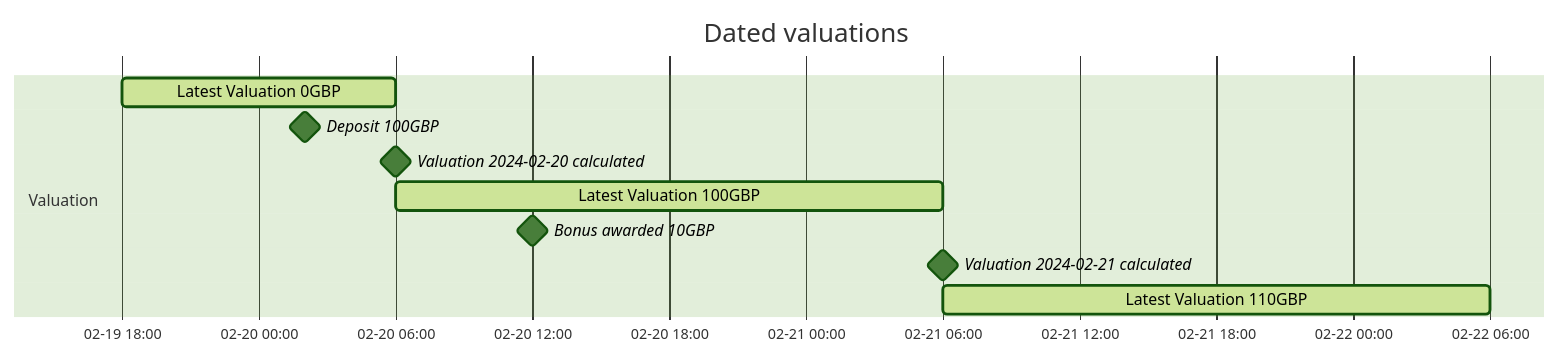
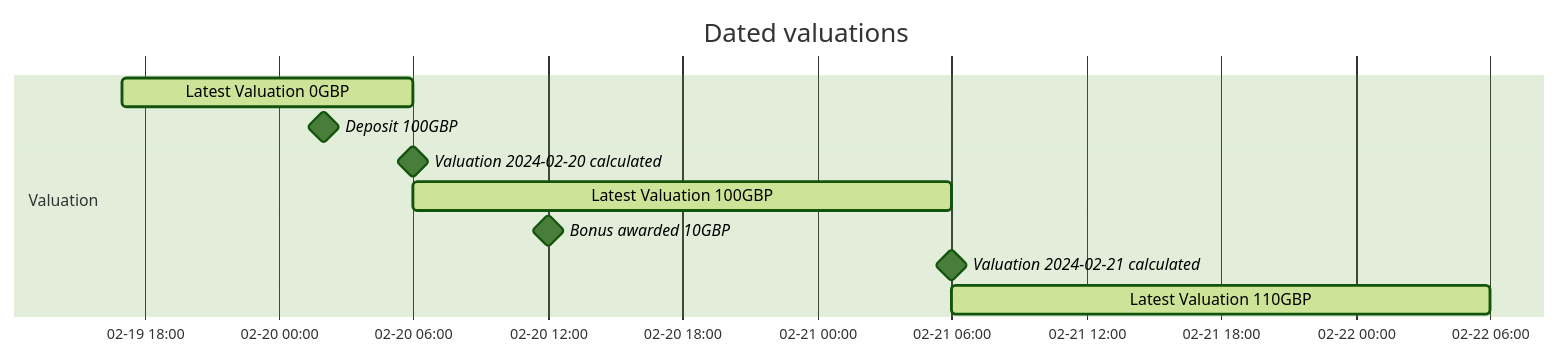
One commit to wealthkernel/api-documentation-guides changed the first of 2 diagrams in docs/balances/FAQs.md. Above: the diagram before and after it, drawn with Mermaid (forest theme). The commit also changed other lines of this file, not shown here.

Commit message:
update diagram start time

````diff
--- a/docs/balances/FAQs.md
+++ b/docs/balances/FAQs.md
@@ -17,16 +17,16 @@
 ```mermaid
 gantt
 dateFormat YYYY-MM-DD HH:mm
 axisFormat %m-%d %H:%M
 title Dated valuations
 todayMarker off
 
     section Valuation
-    Latest Valuation 0GBP :active, val1, 2024-02-19 18:00, 12h
+    Latest Valuation 0GBP :active, val1, 2024-02-19 17:00, 13h
     Deposit 100GBP :milestone, deposit, 2024-02-20 02:00, 0h
     Valuation 2024-02-20 calculated :milestone, calc1, 2024-02-20 06:00, 0h
     Latest Valuation 100GBP :active, val1, 2024-02-20 06:00, 1d
     Bonus awarded 10GBP :milestone, bon, 2024-02-20 12:00, 0h
     Valuation 2024-02-21 calculated :milestone, calc2, 2024-02-21 06:00, 0h
     Latest Valuation 110GBP :active, val2, 2024-02-21 06:00, 1d
 ```
````
